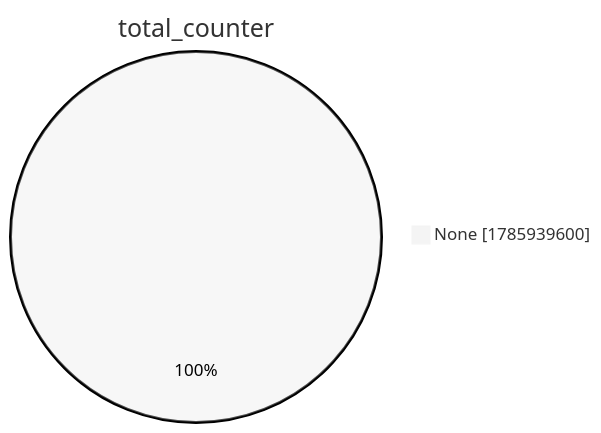
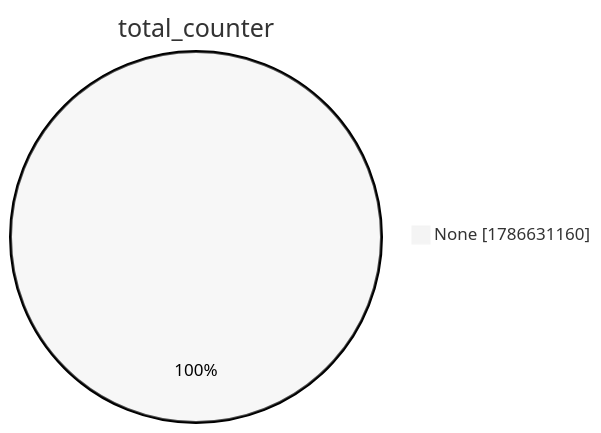
The second of 15 diagrams in xenon2022/README.md (christiankrug/ctmonitor_visualization), drawn with Mermaid (neutral theme) before and after one commit. The commit also changed other lines of this file, not shown here.

````diff
--- a/xenon2022/README.md
+++ b/xenon2022/README.md
@@ -9,5 +9,5 @@
 ```mermaid
 pie showData
 title total_counter
-"None" :1785939600
+"None" :1786631160
 ```
````
